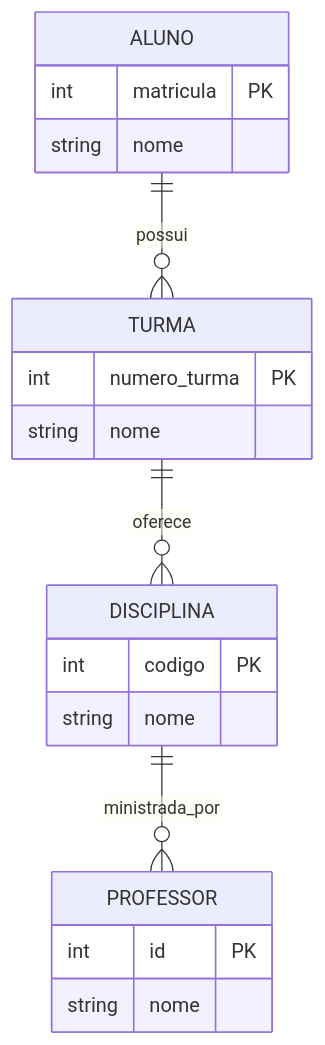
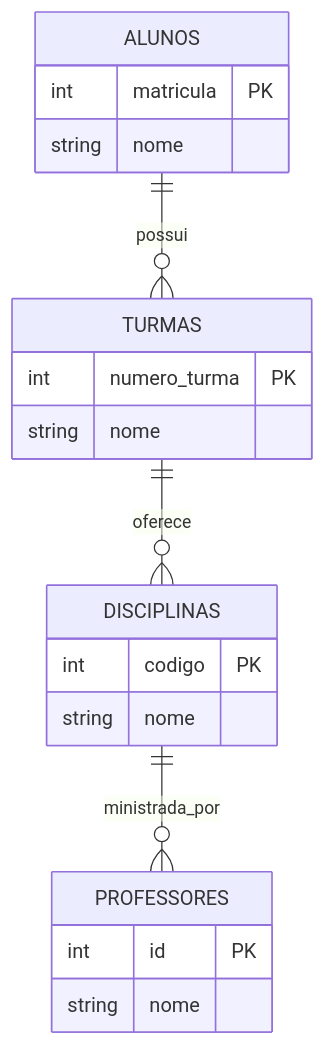
The seventh of 7 diagrams in docs/content/_aulas/banco-de-dados/modelo-de-dados/dependencia-de-existencia.md (myerco/CafeGeek), drawn with Mermaid before and after one commit. The commit also changed other lines of this file and 8 other files, not shown here.

```diff
--- a/docs/content/_aulas/banco-de-dados/modelo-de-dados/dependencia-de-existencia.md
+++ b/docs/content/_aulas/banco-de-dados/modelo-de-dados/dependencia-de-existencia.md
@@ -75,22 +293,22 @@
 <div class="mermaid">
 erDiagram
-    ALUNO ||--o{ TURMA : possui
-    TURMA ||--o{ DISCIPLINA : oferece
-    DISCIPLINA ||--o{ PROFESSOR : ministrada_por
-    ALUNO {
+    ALUNOS ||--o{ TURMAS : possui
+    TURMAS ||--o{ DISCIPLINAS : oferece
+    DISCIPLINAS ||--o{ PROFESSORES : ministrada_por
+    ALUNOS {
       int matricula PK
       string nome
     }
-    TURMA {
+    TURMAS {
       int numero_turma PK
       string nome
     }
-    DISCIPLINA {
+    DISCIPLINAS {
       int codigo PK
       string nome
     }
-    PROFESSOR {
+    PROFESSORES {
       int id PK
       string nome
     }
 </div>
```
